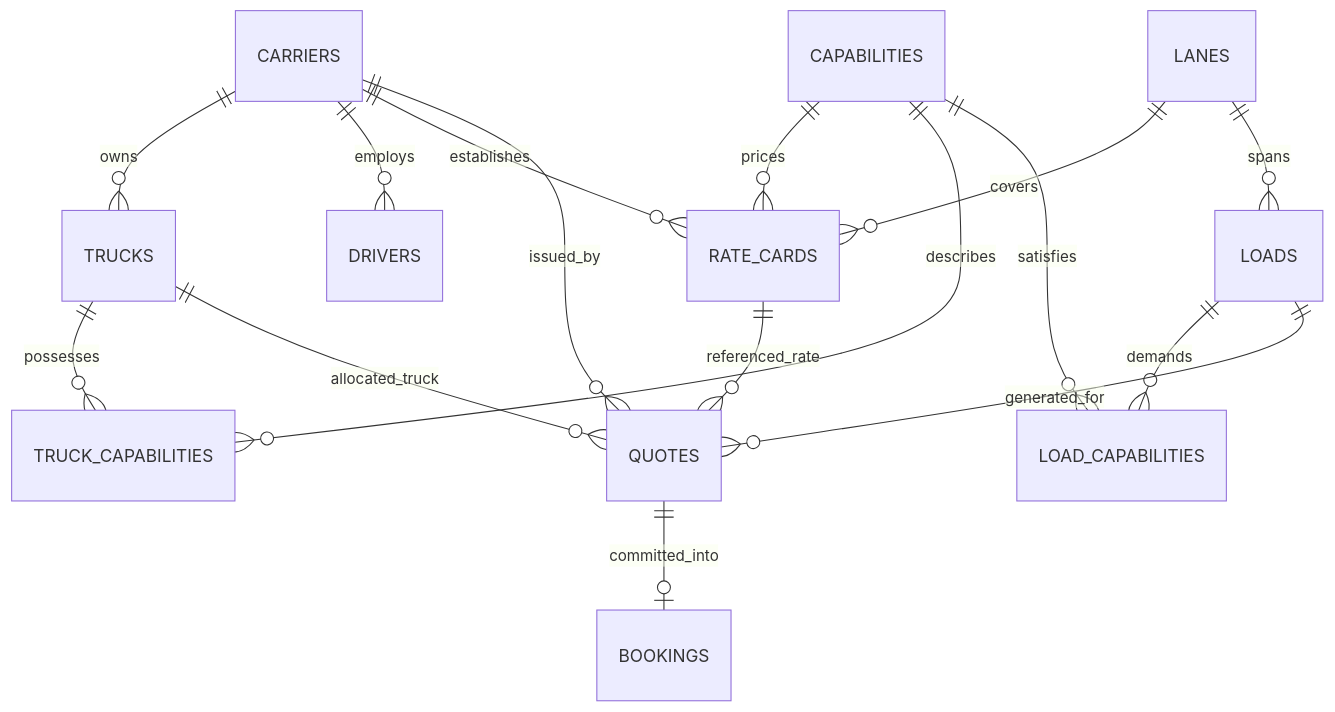
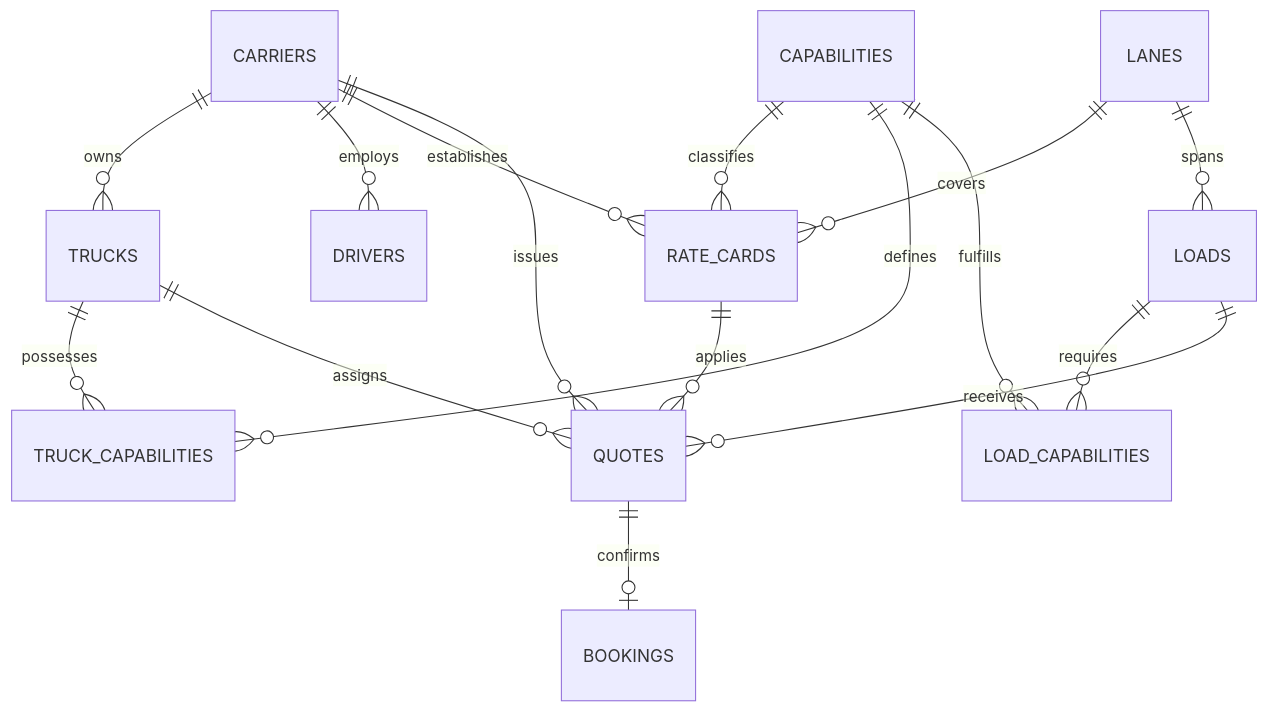
The second of 2 diagrams in README.md (mahirathore26/M), drawn with Mermaid before and after one commit. The commit also changed other lines of this file, not shown here.

````diff
--- a/README.md
+++ b/README.md
@@ -112,18 +74,18 @@
 ```mermaid
 erDiagram
     CARRIERS ||--o{ TRUCKS : owns
     CARRIERS ||--o{ DRIVERS : employs
     CARRIERS ||--o{ RATE_CARDS : establishes
     LANES ||--o{ RATE_CARDS : covers
-    CAPABILITIES ||--o{ RATE_CARDS : prices
+    CAPABILITIES ||--o{ RATE_CARDS : classifies
     TRUCKS ||--o{ TRUCK_CAPABILITIES : possesses
-    CAPABILITIES ||--o{ TRUCK_CAPABILITIES : describes
+    CAPABILITIES ||--o{ TRUCK_CAPABILITIES : defines
     LANES ||--o{ LOADS : spans
-    LOADS ||--o{ LOAD_CAPABILITIES : demands
-    CAPABILITIES ||--o{ LOAD_CAPABILITIES : satisfies
-    LOADS ||--o{ QUOTES : generated_for
-    CARRIERS ||--o{ QUOTES : issued_by
-    TRUCKS ||--o{ QUOTES : allocated_truck
-    RATE_CARDS ||--o{ QUOTES : referenced_rate
-    QUOTES ||--o| BOOKINGS : committed_into
+    LOADS ||--o{ LOAD_CAPABILITIES : requires
+    CAPABILITIES ||--o{ LOAD_CAPABILITIES : fulfills
+    LOADS ||--o{ QUOTES : receives
+    CARRIERS ||--o{ QUOTES : issues
+    TRUCKS ||--o{ QUOTES : assigns
+    RATE_CARDS ||--o{ QUOTES : applies
+    QUOTES ||--o| BOOKINGS : confirms
 ```
````
